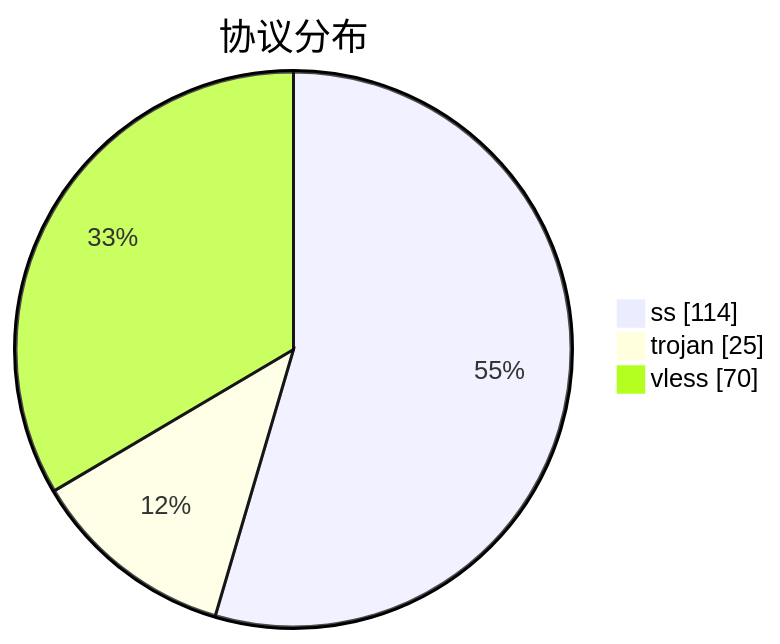
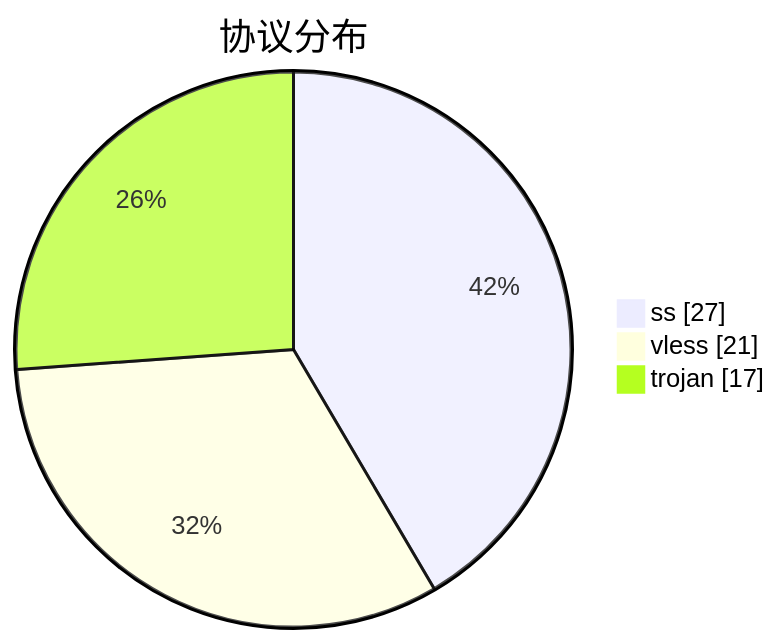
The third of 3 diagrams in subs/statistics/tested_within.md (qjlxg/airport), drawn with Mermaid before and after one commit. The commit also changed other lines of this file and 2 other files, not shown here.

````diff
--- a/subs/statistics/tested_within.md
+++ b/subs/statistics/tested_within.md
@@ -34,7 +29,7 @@
 ```mermaid
 pie showData
 title 协议分布
-"ss" : 114
-"trojan" : 25
-"vless" : 70
+"ss" : 27
+"vless" : 21
+"trojan" : 17
 ```
````
